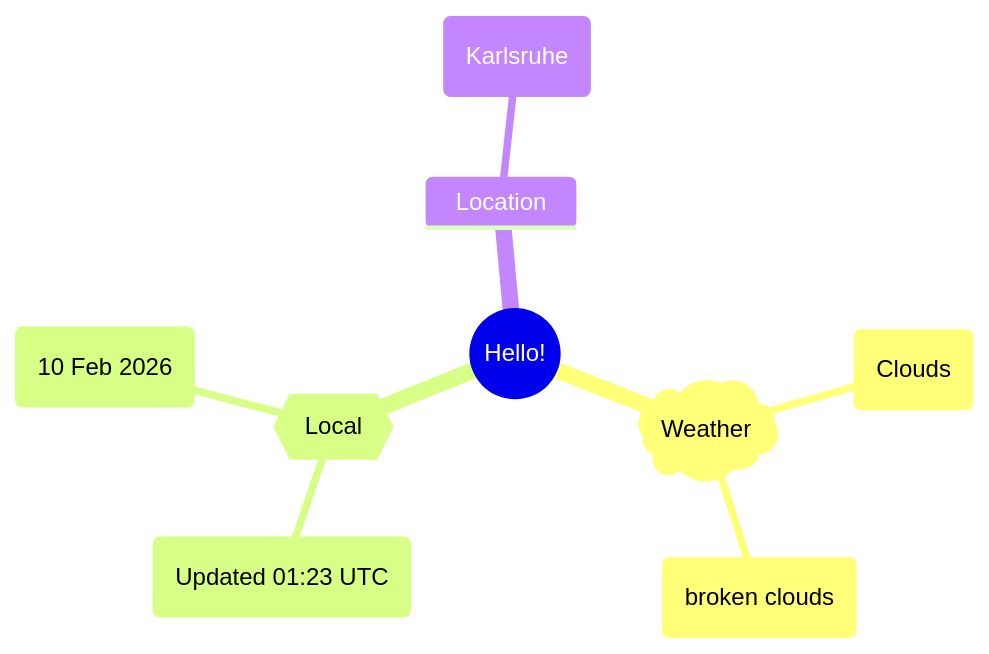
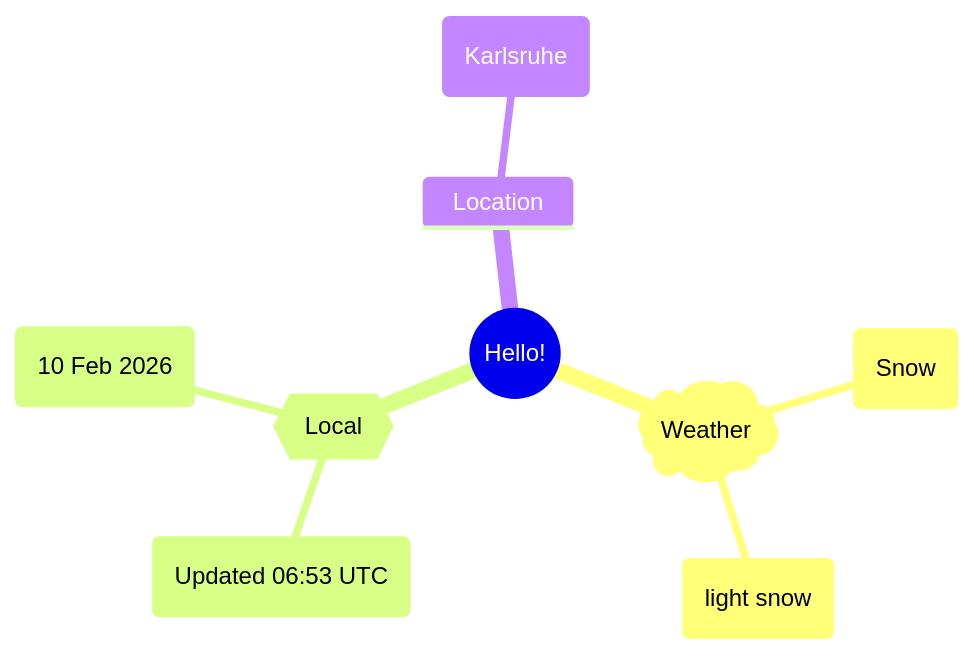
One commit to Xosrov/Xosrov changed the first of 2 diagrams in README.md. Above: the diagram before and after it, drawn with Mermaid.

Commit message:
[bot] updated images

````diff
--- a/README.md
+++ b/README.md
@@ -3,12 +3,12 @@
 ```mermaid
 mindmap
   root((Hello!))
     )Weather(
-        (Clouds)
-        (broken clouds)
+        (Snow)
+        (light snow)
     {{Local}}
-        (Updated 01:23 UTC)
+        (Updated 06:53 UTC)
         (10 Feb 2026)
     Location
         (Karlsruhe)
 ```
````
